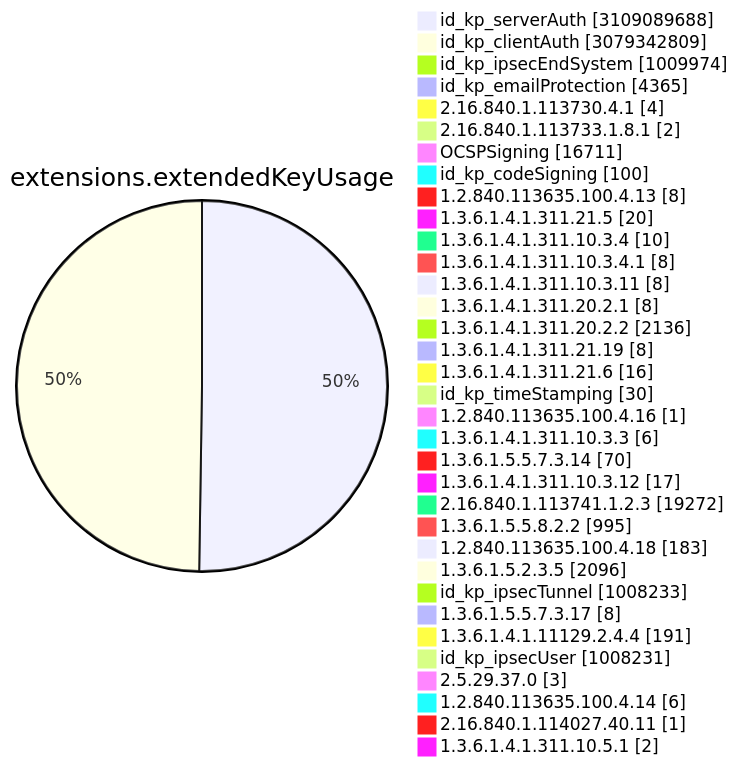
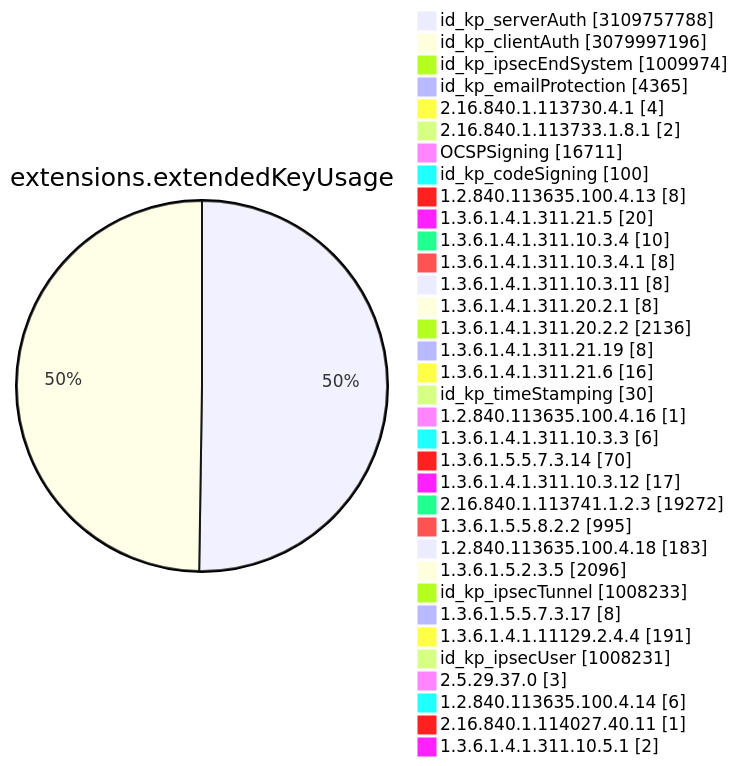
Before and after one commit to christiankrug/ctmonitor_visualization: diagram 11 of 15 in TOTAL/README.md, drawn with Mermaid. The commit also changed other lines of this file, not shown here.

````diff
--- a/TOTAL/README.md
+++ b/TOTAL/README.md
@@ -4117,38 +4117,38 @@
 ```mermaid
 pie showData
 title extensions.extendedKeyUsage
-"id_kp_serverAuth" :3109089688
-"id_kp_clientAuth" :3079342809
+"id_kp_serverAuth" :3109757788
+"id_kp_clientAuth" :3079997196
 "id_kp_ipsecEndSystem" :1009974
 "id_kp_emailProtection" :4365
 "2.16.840.1.113730.4.1" :4
 "2.16.840.1.113733.1.8.1" :2
 "OCSPSigning" :16711
 "id_kp_codeSigning" :100
 "1.2.840.113635.100.4.13" :8
 "1.3.6.1.4.1.311.21.5" :20
 "1.3.6.1.4.1.311.10.3.4" :10
 "1.3.6.1.4.1.311.10.3.4.1" :8
 "1.3.6.1.4.1.311.10.3.11" :8
 "1.3.6.1.4.1.311.20.2.1" :8
 "1.3.6.1.4.1.311.20.2.2" :2136
 "1.3.6.1.4.1.311.21.19" :8
 "1.3.6.1.4.1.311.21.6" :16
 "id_kp_timeStamping" :30
 "1.2.840.113635.100.4.16" :1
 "1.3.6.1.4.1.311.10.3.3" :6
 "1.3.6.1.5.5.7.3.14" :70
 "1.3.6.1.4.1.311.10.3.12" :17
 "2.16.840.1.113741.1.2.3" :19272
 "1.3.6.1.5.5.8.2.2" :995
 "1.2.840.113635.100.4.18" :183
 "1.3.6.1.5.2.3.5" :2096
 "id_kp_ipsecTunnel" :1008233
 "1.3.6.1.5.5.7.3.17" :8
 "1.3.6.1.4.1.11129.2.4.4" :191
 "id_kp_ipsecUser" :1008231
 "2.5.29.37.0" :3
 "1.2.840.113635.100.4.14" :6
 "2.16.840.1.114027.40.11" :1
 "1.3.6.1.4.1.311.10.5.1" :2
 ```
````
